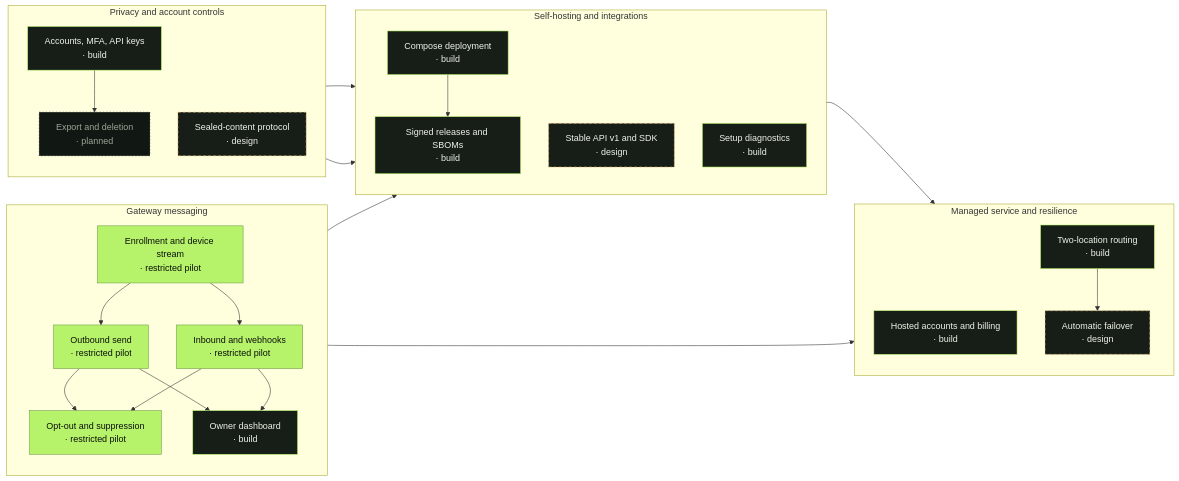
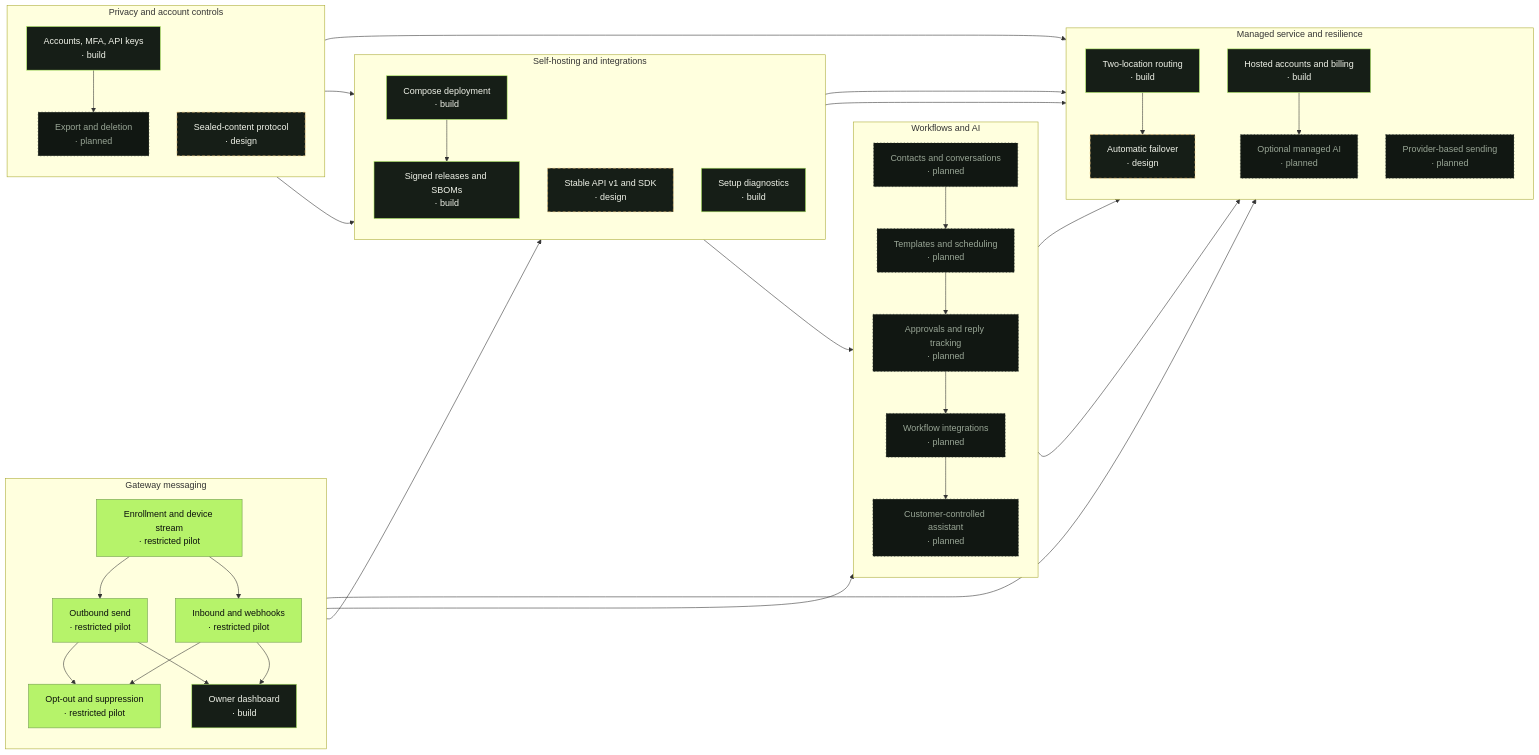
Before and after one commit to pboachie/zrotext: the third of 4 diagrams in docs/ROADMAP.md, drawn with Mermaid. The commit also changed other lines of this file and 7 other files, not shown here.

Commit message:
Connect the roadmap to customer workflows and AI use cases

````diff
--- a/docs/ROADMAP.md
+++ b/docs/ROADMAP.md
@@ -76,54 +100,76 @@
 ```mermaid
 flowchart LR
     classDef released fill:#e4fbc8,stroke:#6f9b4b,color:#0b0f0c
     classDef pilot fill:#b6f36a,stroke:#6f9b4b,color:#0b0f0c
     classDef build fill:#161e17,stroke:#b6f36a,color:#f0f3e9
     classDef design fill:#161e17,stroke:#edbe70,color:#f0f3e9,stroke-dasharray:5 4
     classDef planned fill:#111712,stroke:#29332a,color:#99a696,stroke-dasharray:2 4
 
     subgraph t_gateway["Gateway messaging"]
         direction TB
         c_enrollment["Enrollment and device stream<br/>· restricted pilot"]:::pilot
         c_outbound["Outbound send<br/>· restricted pilot"]:::pilot
         c_optout["Opt-out and suppression<br/>· restricted pilot"]:::pilot
         c_inbound["Inbound and webhooks<br/>· restricted pilot"]:::pilot
         c_dashboard["Owner dashboard<br/>· build"]:::build
         c_enrollment --> c_outbound
         c_enrollment --> c_inbound
         c_outbound --> c_optout
         c_inbound --> c_optout
         c_outbound --> c_dashboard
         c_inbound --> c_dashboard
     end
 
     subgraph t_privacy["Privacy and account controls"]
         direction TB
         c_accounts["Accounts, MFA, API keys<br/>· build"]:::build
         c_sealed["Sealed-content protocol<br/>· design"]:::design
         c_export["Export and deletion<br/>· planned"]:::planned
         c_accounts --> c_export
     end
 
     subgraph t_selfhost["Self-hosting and integrations"]
         direction TB
         c_compose["Compose deployment<br/>· build"]:::build
         c_releases["Signed releases and SBOMs<br/>· build"]:::build
         c_api["Stable API v1 and SDK<br/>· design"]:::design
         c_diagnostics["Setup diagnostics<br/>· build"]:::build
         c_compose --> c_releases
     end
 
+    subgraph t_workflows["Workflows and AI"]
+        direction TB
+        c_contacts["Contacts and conversations<br/>· planned"]:::planned
+        c_scheduling["Templates and scheduling<br/>· planned"]:::planned
+        c_approvals["Approvals and reply tracking<br/>· planned"]:::planned
+        c_integrations["Workflow integrations<br/>· planned"]:::planned
+        c_assistant["Customer-controlled assistant<br/>· planned"]:::planned
+        c_contacts --> c_scheduling
+        c_scheduling --> c_approvals
+        c_approvals --> c_integrations
+        c_integrations --> c_assistant
+    end
+
     subgraph t_managed["Managed service and resilience"]
         direction TB
         c_hosted["Hosted accounts and billing<br/>· build"]:::build
         c_twosite["Two-location routing<br/>· build"]:::build
         c_failover["Automatic failover<br/>· design"]:::design
+        c_managedai["Optional managed AI<br/>· planned"]:::planned
+        c_providers["Provider-based sending<br/>· planned"]:::planned
         c_twosite --> c_failover
+        c_hosted --> c_managedai
     end
 
     c_optout --> c_api
     c_sealed --> c_api
     c_accounts --> c_api
     c_api --> c_hosted
     c_enrollment --> c_twosite
+    c_api --> c_contacts
+    c_dashboard --> c_contacts
+    c_assistant --> c_managedai
+    c_export --> c_managedai
+    c_api --> c_providers
+    c_approvals --> c_providers
 ```
````
